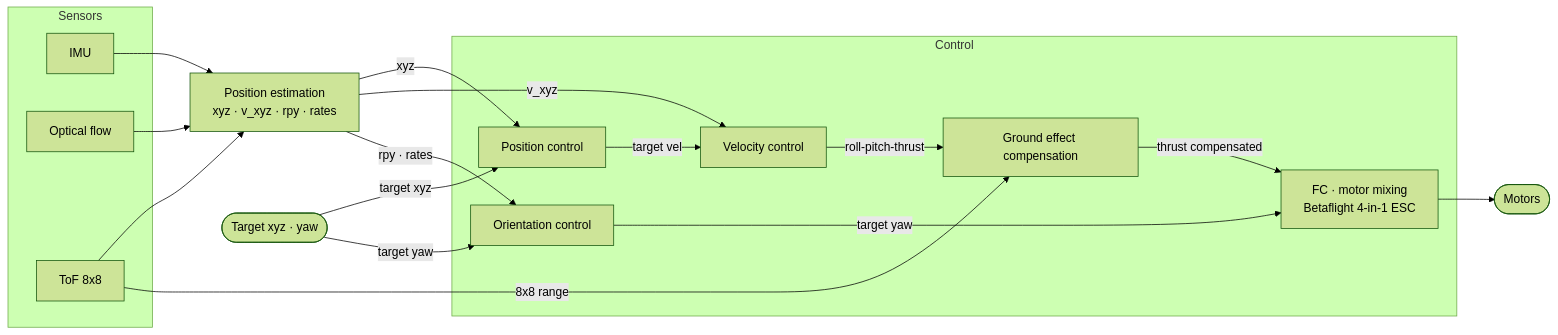
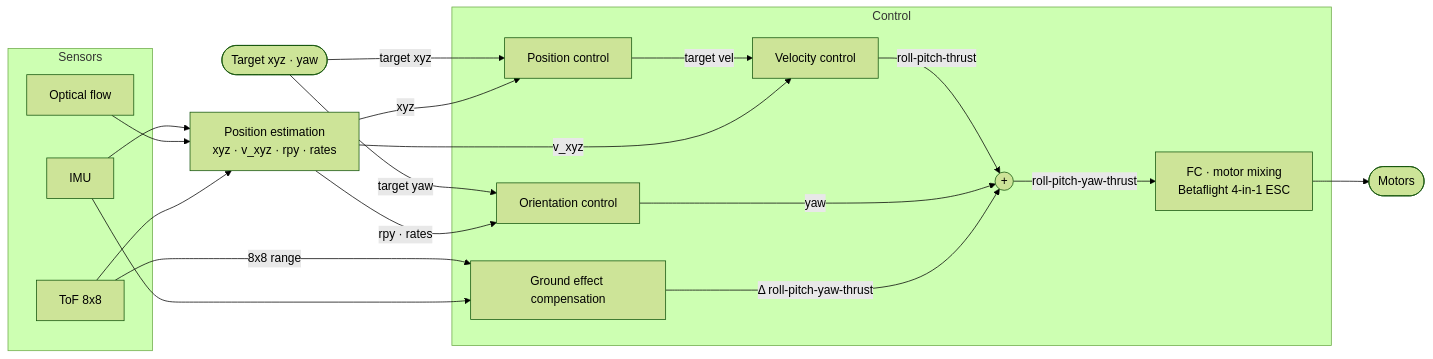
Before and after one commit to alfinjunaedy/KubotaLab-Autonomous-Drone: the diagram in README.md, drawn with Mermaid (forest theme). The commit also changed other lines of this file, not shown here.

````diff
--- a/README.md
+++ b/README.md
@@ -106,38 +106,43 @@
 ```mermaid
 flowchart LR
     subgraph sensors [Sensors]
         IMU[IMU]
         OF[Optical flow]
         TOF[ToF 8x8]
     end
 
     PE[Position estimation<br/>xyz · v_xyz · rpy · rates]
 
     subgraph control [Control]
         PC[Position control]
         VC[Velocity control]
         OC[Orientation control]
         GE[Ground effect compensation]
+        SUM(("+"))
         FC[FC · motor mixing<br/>Betaflight 4-in-1 ESC]
     end
 
     USER([Target xyz · yaw])
     MOTORS([Motors])
 
     IMU --> PE
     OF --> PE
     TOF --> PE
 
     USER -->|target xyz| PC
     USER -->|target yaw| OC
     PC -->|target vel| VC
-    VC -->|roll-pitch-thrust| GE
-    GE -->|thrust compensated| FC
-    OC -->|target yaw| FC
+
+    VC -->|roll-pitch-thrust| SUM
+    OC -->|yaw| SUM
+    TOF -->|8x8 range| GE
+    IMU --> GE
+    GE -->|Δ roll-pitch-yaw-thrust| SUM
+    SUM -->|roll-pitch-yaw-thrust| FC
+
     FC --> MOTORS
 
     PE -->|xyz| PC
     PE -->|v_xyz| VC
     PE -->|rpy · rates| OC
-    TOF -->|8x8 range| GE
 ```
````
